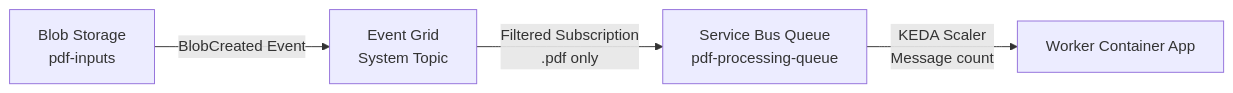
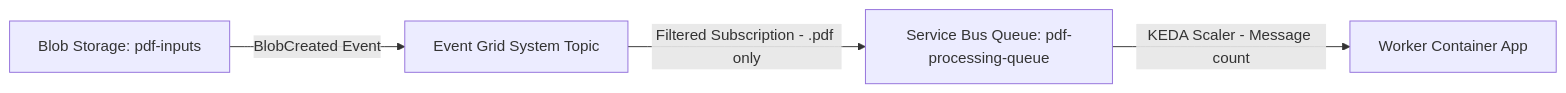
One commit to olivMertens/ClassyMail changed the diagram in docs/INFRASTRUCTURE.md. Above: the diagram before and after it, drawn with Mermaid. The commit also changed 11 other files, not shown here.

First line of the commit message:
fix: Mermaid diagrams, chatbot UX, and i18n key structure

````diff
--- a/docs/INFRASTRUCTURE.md
+++ b/docs/INFRASTRUCTURE.md
@@ -162,6 +162,6 @@
 ```mermaid
 flowchart LR
-    Blob[Blob Storage<br/>pdf-inputs] -->|BlobCreated Event| EG[Event Grid<br/>System Topic]
-    EG -->|Filtered Subscription<br/>.pdf only| SB[Service Bus Queue<br/>pdf-processing-queue]
-    SB -->|KEDA Scaler<br/>Message count| Worker[Worker Container App]
+    Blob[Blob Storage: pdf-inputs] -->|BlobCreated Event| EG[Event Grid System Topic]
+    EG -->|Filtered Subscription - .pdf only| SB[Service Bus Queue: pdf-processing-queue]
+    SB -->|KEDA Scaler - Message count| Worker[Worker Container App]
 ```
````
